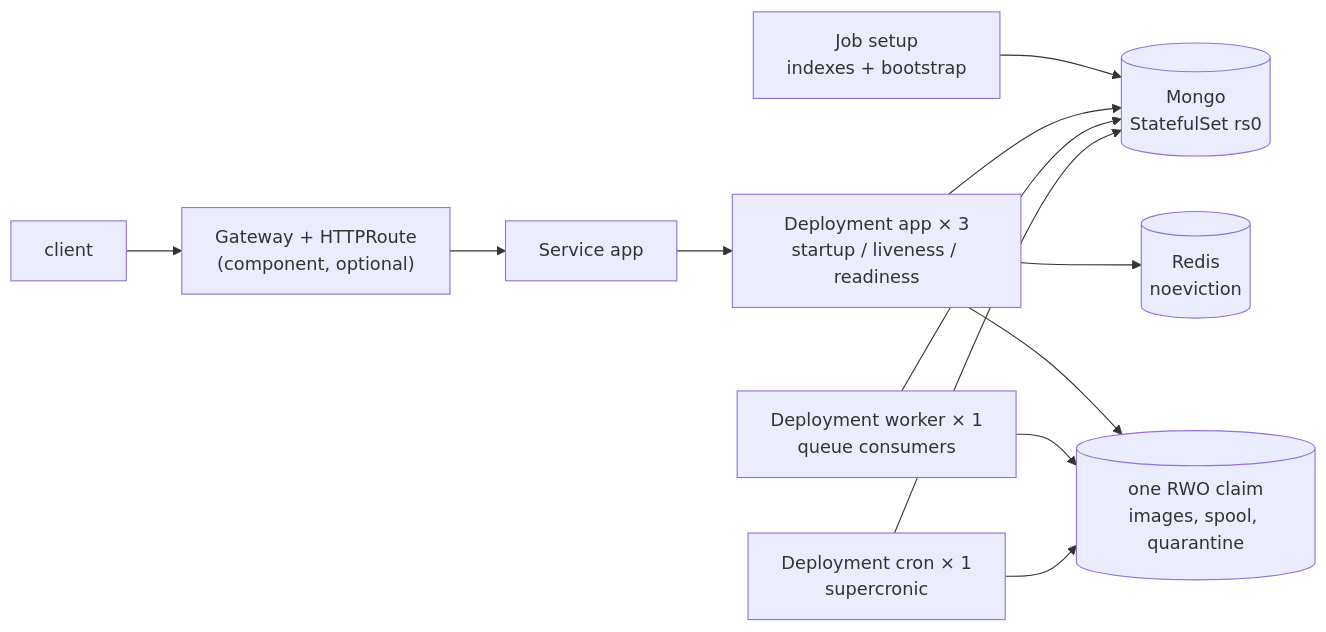
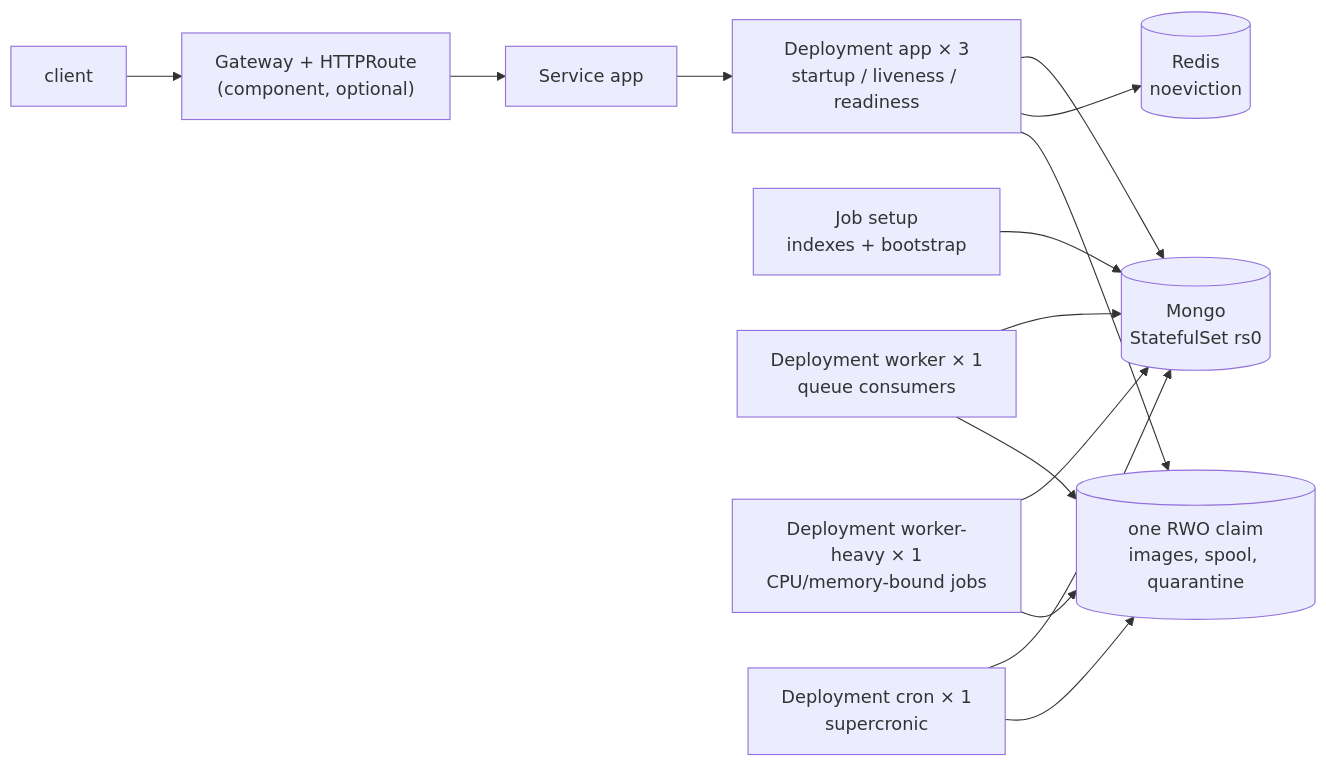
One commit to Guebbit/boilerplate-node-backend changed the diagram in docs/operate/ways-to-deploy/kubernetes.md. Above: the diagram before and after it, drawn with Mermaid. The commit also changed other lines of this file and 4 other files, not shown here.

````diff
--- a/docs/operate/ways-to-deploy/kubernetes.md
+++ b/docs/operate/ways-to-deploy/kubernetes.md
@@ -13,14 +13,16 @@
 ```mermaid
 flowchart LR
     Client["client"] --> Gateway["Gateway + HTTPRoute\n(component, optional)"]
     Gateway --> Svc["Service app"]
     Svc --> App["Deployment app × 3\nstartup / liveness / readiness"]
     Setup["Job setup\nindexes + bootstrap"] --> DB[("Mongo\nStatefulSet rs0")]
     App --> DB
     App --> Redis[("Redis\nnoeviction")]
     App --> Vol[("one RWO claim\nimages, spool, quarantine")]
     Worker["Deployment worker × 1\nqueue consumers"] --> DB
     Worker --> Vol
+    WorkerHeavy["Deployment worker-heavy × 1\nCPU/memory-bound jobs"] --> DB
+    WorkerHeavy --> Vol
     Cron["Deployment cron × 1\nsupercronic"] --> DB
     Cron --> Vol
 ```
````
